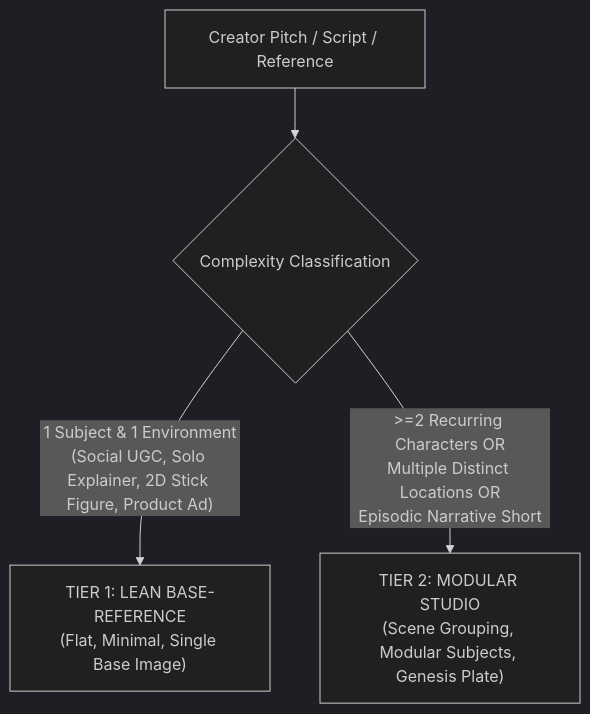
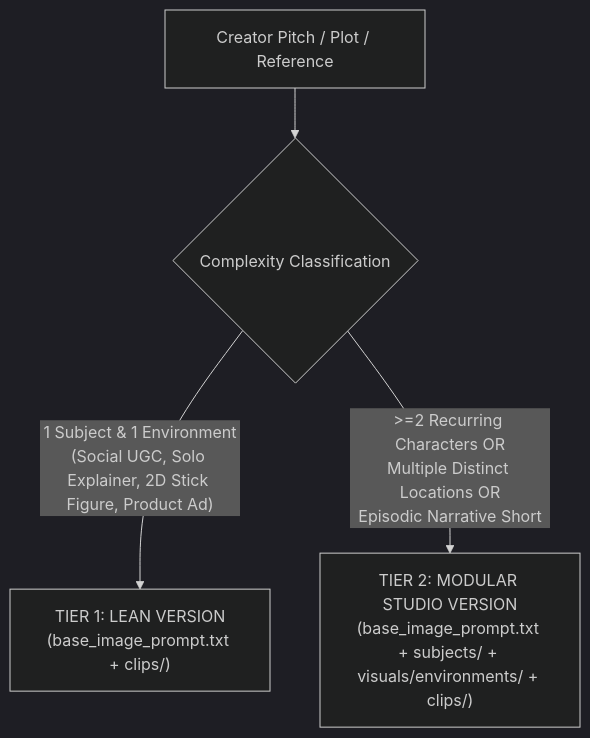
The diagram in production_framework/specs/07_scaffolding_and_workspace_spec.md (TheProjectsX/openproducer), drawn with Mermaid (dark theme) before and after one commit. The commit also changed other lines of this file and 121 other files, not shown here.

````diff
--- a/production_framework/specs/07_scaffolding_and_workspace_spec.md
+++ b/production_framework/specs/07_scaffolding_and_workspace_spec.md
@@ -19,8 +17,8 @@
 ```mermaid
 graph TD
-    A["Creator Pitch / Script / Reference"] --> B{"Complexity Classification"}
+    A["Creator Pitch / Plot / Reference"] --> B{"Complexity Classification"}
     
-    B -->|"1 Subject & 1 Environment<br/>(Social UGC, Solo Explainer, 2D Stick Figure, Product Ad)"| C["TIER 1: LEAN BASE-REFERENCE<br/>(Flat, Minimal, Single Base Image)"]
+    B -->|"1 Subject & 1 Environment<br/>(Social UGC, Solo Explainer, 2D Stick Figure, Product Ad)"| C["TIER 1: LEAN VERSION<br/>(base_image_prompt.txt + clips/)"]
     
-    B -->|">=2 Recurring Characters OR<br/>Multiple Distinct Locations OR<br/>Episodic Narrative Short"| D["TIER 2: MODULAR STUDIO<br/>(Scene Grouping, Modular Subjects, Genesis Plate)"]
+    B -->|">=2 Recurring Characters OR<br/>Multiple Distinct Locations OR<br/>Episodic Narrative Short"| D["TIER 2: MODULAR STUDIO VERSION<br/>(base_image_prompt.txt + subjects/ + visuals/environments/ + clips/)"]
 ```
````
